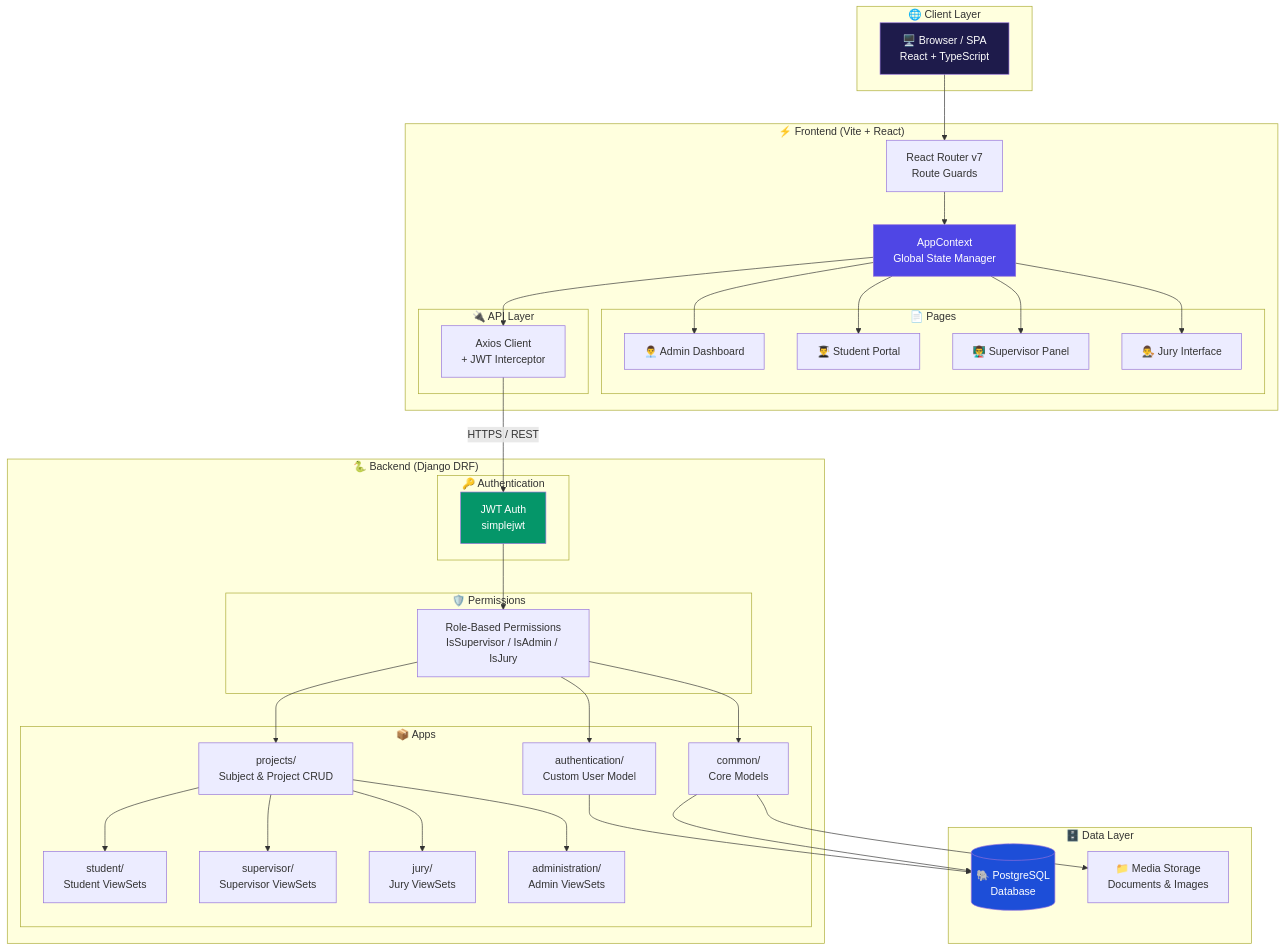
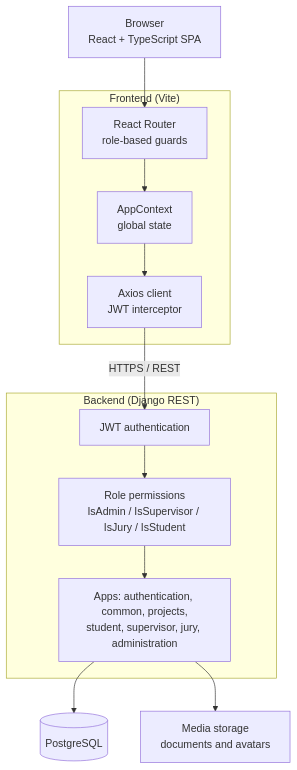
One commit to Lagmouchyoussef/PFE-Navigator changed the first of 4 diagrams in README.md. Above: the diagram before and after it, drawn with Mermaid. The commit also changed other lines of this file and 1 other file, not shown here.

````diff
--- a/README.md
+++ b/README.md
@@ -143,64 +169,24 @@
 ```mermaid
 graph TB
-    subgraph "🌐 Client Layer"
-        Browser["🖥️ Browser / SPA<br/>React + TypeScript"]
+    Browser["Browser<br/>React + TypeScript SPA"]
+
+    subgraph Frontend["Frontend (Vite)"]
+        Router["React Router<br/>role-based guards"]
+        Ctx["AppContext<br/>global state"]
+        Axios["Axios client<br/>JWT interceptor"]
     end
 
-    subgraph "⚡ Frontend (Vite + React)"
-        Router["React Router v7<br/>Route Guards"]
-        AppCtx["AppContext<br/>Global State Manager"]
-
-        subgraph "📄 Pages"
-            AdminUI["👨‍💼 Admin Dashboard"]
-            StudentUI["👨‍🎓 Student Portal"]
-            SupervUI["👨‍🏫 Supervisor Panel"]
-            JuryUI["👨‍⚖️ Jury Interface"]
-        end
-
-        subgraph "🔌 API Layer"
-            AxiosClient["Axios Client<br/>+ JWT Interceptor"]
-        end
+    subgraph Backend["Backend (Django REST)"]
+        JWT["JWT authentication"]
+        Perms["Role permissions<br/>IsAdmin / IsSupervisor / IsJury / IsStudent"]
+        Apps["Apps: authentication, common, projects,<br/>student, supervisor, jury, administration"]
     end
 
-    subgraph "🐍 Backend (Django DRF)"
-        subgraph "🔑 Authentication"
-            JWT["JWT Auth<br/>simplejwt"]
-        end
+    DB[("PostgreSQL")]
+    Media["Media storage<br/>documents and avatars"]
 
-        subgraph "📦 Apps"
-            AuthApp["authentication/<br/>Custom User Model"]
-            CommonApp["common/<br/>Core Models"]
-            ProjectsApp["projects/<br/>Subject & Project CRUD"]
-            StudentApp["student/<br/>Student ViewSets"]
-            SupervApp["supervisor/<br/>Supervisor ViewSets"]
-            JuryApp["jury/<br/>Jury ViewSets"]
-            AdminApp["administration/<br/>Admin ViewSets"]
-        end
-
-        subgraph "🛡️ Permissions"
-            Perms["Role-Based Permissions<br/>IsSupervisor / IsAdmin / IsJury"]
-        end
-    end
-
-    subgraph "🗄️ Data Layer"
-        PG[("🐘 PostgreSQL<br/>Database")]
-        Media["📁 Media Storage<br/>Documents & Images"]
-    end
-
-    Browser --> Router
-    Router --> AppCtx
-    AppCtx --> AdminUI & StudentUI & SupervUI & JuryUI
-    AppCtx --> AxiosClient
-    AxiosClient -->|"HTTPS / REST"| JWT
-    JWT --> Perms
-    Perms --> AuthApp & CommonApp & ProjectsApp
-    ProjectsApp --> StudentApp & SupervApp & JuryApp & AdminApp
-    AuthApp --> PG
-    CommonApp --> PG
-    CommonApp --> Media
-
-    style Browser fill:#1e1b4b,color:#fff
-    style AppCtx fill:#4f46e5,color:#fff
-    style JWT fill:#059669,color:#fff
-    style PG fill:#1d4ed8,color:#fff
+    Browser --> Router --> Ctx --> Axios
+    Axios -->|"HTTPS / REST"| JWT --> Perms --> Apps
+    Apps --> DB
+    Apps --> Media
 ```
````
